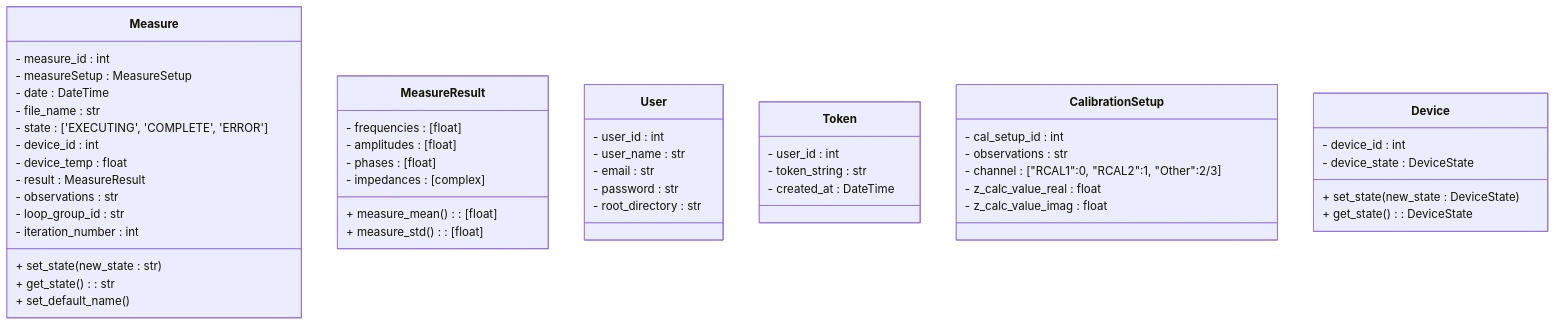
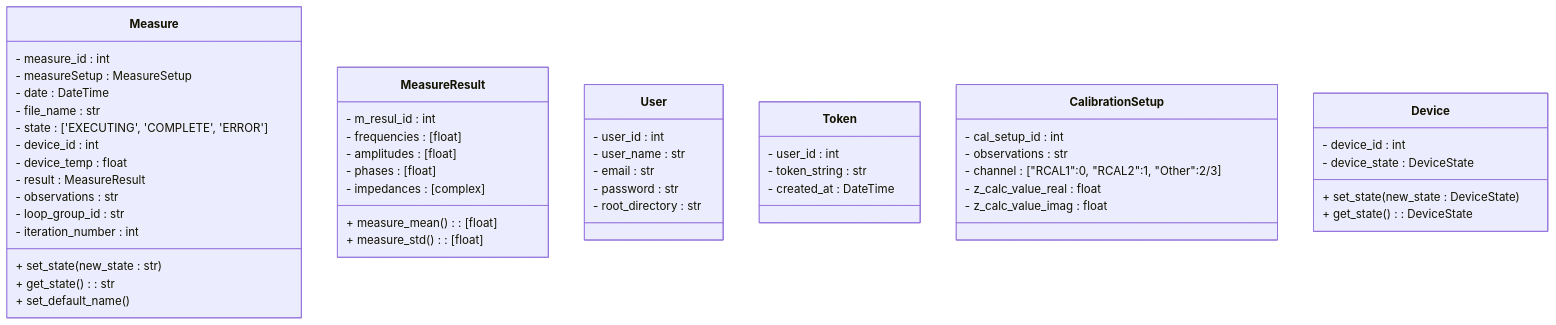
The seventh of 15 diagrams in Gmini-MarkDown/Diagramas/Diagramas de Clases.md (alegrelias/Repo-GMini), drawn with Mermaid before and after one commit. The commit also changed other lines of this file, not shown here.

````diff
--- a/Gmini-MarkDown/Diagramas/Diagramas de Clases.md
+++ b/Gmini-MarkDown/Diagramas/Diagramas de Clases.md
@@ -587,63 +588,64 @@
 ```mermaid
 classDiagram
 %% mediciones
 class Measure {
 	- measure_id : int
 	- measureSetup : MeasureSetup
 	- date : DateTime
 	- file_name : str
 	- state : ['EXECUTING', 'COMPLETE', 'ERROR']
 	- device_id : int
 	- device_temp : float
 	- result : MeasureResult
 	- observations : str
 	- loop_group_id : str
 	- iteration_number : int
 	+ set_state(new_state : str)
 	+ get_state() : str
 	+ set_default_name()
 }
 
 class MeasureResult{
+	- m_resul_id : int
 	- frequencies : [float]
 	- amplitudes : [float]
 	- phases : [float]
 	- impedances : [complex]
 	+ measure_mean() : [float]
 	+ measure_std() : [float]
 }
 
 
 
 %% usuario
 class User {
 	- user_id : int
 	- user_name : str
 	- email : str
 	- password : str
 	- root_directory : str
 	
 }
 
 class Token {
 	- user_id : int
 	- token_string : str
 	- created_at : DateTime
 }
 
 %% conexion y calibracion
 class CalibrationSetup{
 	- cal_setup_id : int
 	- observations : str
 	- channel : ["RCAL1":0, "RCAL2":1, "Other":2/3]
 	- z_calc_value_real : float
 	- z_calc_value_imag : float
 }
 
 class Device{
 	- device_id : int
 	- device_state : DeviceState
 	+ set_state(new_state : DeviceState)
 	+ get_state() : DeviceState
 }
 ```
````
